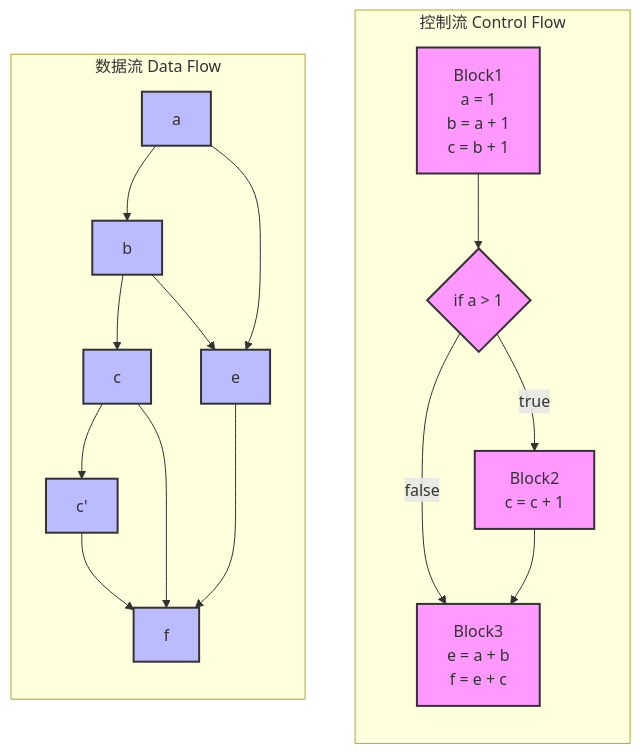
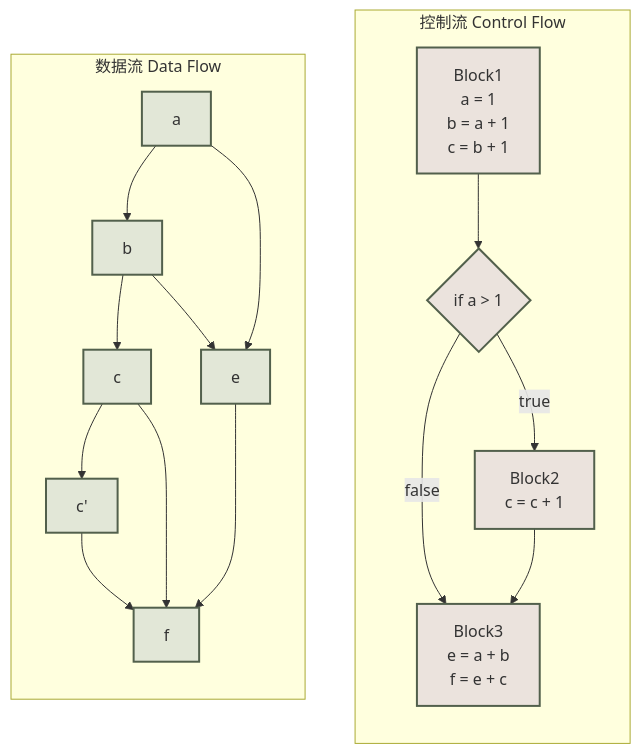
The second of 2 diagrams in static-analysis-guide/deep-dive-into-ssa-dataflow-and-cross-procedure.mdx (yaklang/ssa.to), drawn with Mermaid before and after one commit. The commit also changed other lines of this file and 91 other files, not shown here.

````diff
--- a/static-analysis-guide/deep-dive-into-ssa-dataflow-and-cross-procedure.mdx
+++ b/static-analysis-guide/deep-dive-into-ssa-dataflow-and-cross-procedure.mdx
@@ -90,31 +85,31 @@
 ```mermaid
 graph BT
   subgraph 控制流 Control Flow
       B1["Block1
       a = 1
       b = a + 1
       c = b + 1"] --> D1{if a > 1}
       D1 -->|true| E1["Block2
       c = c + 1"]
       D1 -->|false| F1["Block3
       e = a + b
       f = e + c"]
       E1 --> F1
   end
   
   subgraph 数据流 Data Flow
       A2[a] --> B2[b]
       B2 --> C2[c]
       C2 --> E2[c']
       A2 --> F2[e]
       B2 --> F2
       E2 --> G2[f]
       C2 --> G2
       F2 --> G2
   end
   
-  classDef control fill:#f9f,stroke:#333,stroke-width:2px
-  classDef data fill:#bbf,stroke:#333,stroke-width:2px
+  classDef control fill:#ebe3dd,stroke:#52604c,stroke-width:2px
+  classDef data fill:#e2e7d7,stroke:#52604c,stroke-width:2px
   class B1,D1,E1,F1 control
   class A2,B2,C2,D2,E2,F2,G2 data
 ```
````
